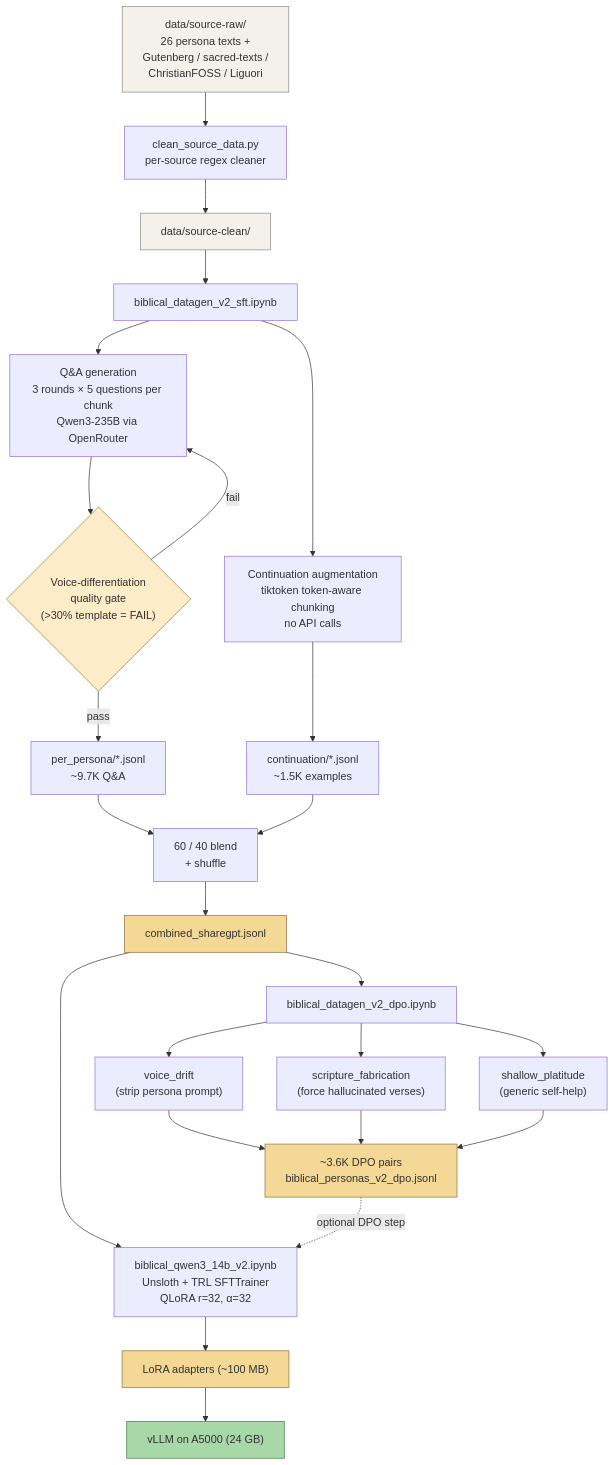
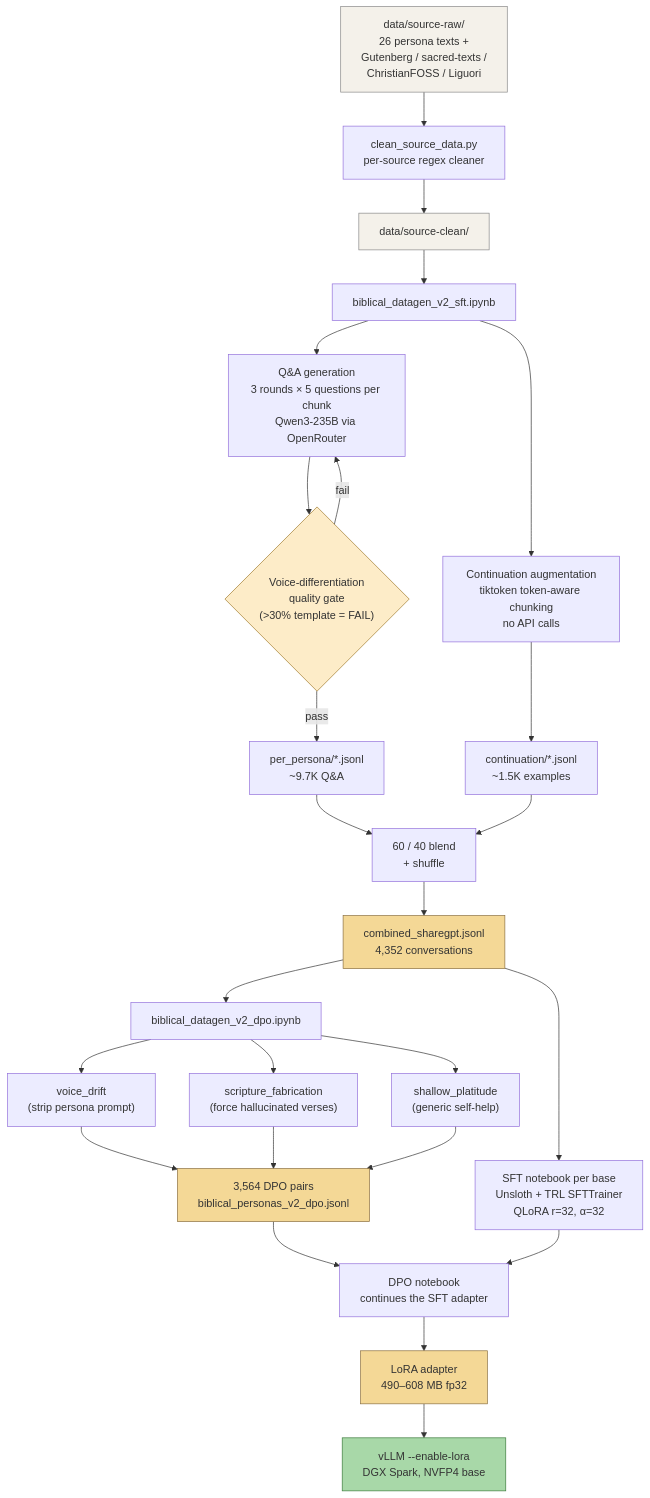
Before and after one commit to beaudamore/biblical: the second of 2 diagrams in README.md, drawn with Mermaid. The commit also changed other lines of this file, not shown here.

````diff
--- a/README.md
+++ b/README.md
@@ -282,40 +339,41 @@
 ```mermaid
 flowchart TD
     R["data/source-raw/<br/>26 persona texts +<br/>Gutenberg / sacred-texts /<br/>ChristianFOSS / Liguori"] --> C["clean_source_data.py<br/>per-source regex cleaner"]
     C --> S["data/source-clean/"]
 
     S --> SFT["biblical_datagen_v2_sft.ipynb"]
     SFT --> QA["Q&A generation<br/>3 rounds × 5 questions per chunk<br/>Qwen3-235B via OpenRouter"]
     QA --> QG{"Voice-differentiation<br/>quality gate<br/>(>30% template = FAIL)"}
     QG -- fail --> QA
     QG -- pass --> MQA["per_persona/*.jsonl<br/>~9.7K Q&A"]
 
     SFT --> CONT["Continuation augmentation<br/>tiktoken token-aware chunking<br/>no API calls"]
     CONT --> MCONT["continuation/*.jsonl<br/>~1.5K examples"]
 
     MQA --> BLEND["60 / 40 blend<br/>+ shuffle"]
     MCONT --> BLEND
-    BLEND --> COMBINED["combined_sharegpt.jsonl"]
+    BLEND --> COMBINED["combined_sharegpt.jsonl<br/>4,352 conversations"]
 
     COMBINED --> DPO["biblical_datagen_v2_dpo.ipynb"]
     DPO --> R1["voice_drift<br/>(strip persona prompt)"]
     DPO --> R2["scripture_fabrication<br/>(force hallucinated verses)"]
     DPO --> R3["shallow_platitude<br/>(generic self-help)"]
-    R1 --> DPOOUT["~3.6K DPO pairs<br/>biblical_personas_v2_dpo.jsonl"]
+    R1 --> DPOOUT["3,564 DPO pairs<br/>biblical_personas_v2_dpo.jsonl"]
     R2 --> DPOOUT
     R3 --> DPOOUT
 
-    COMBINED --> TRAIN["biblical_qwen3_14b_v2.ipynb<br/>Unsloth + TRL SFTTrainer<br/>QLoRA r=32, α=32"]
-    DPOOUT -. optional DPO step .-> TRAIN
-    TRAIN --> ADAPTERS["LoRA adapters (~100 MB)"]
-    ADAPTERS --> DEPLOY["vLLM on A5000 (24 GB)"]
+    COMBINED --> TRAIN["SFT notebook per base<br/>Unsloth + TRL SFTTrainer<br/>QLoRA r=32, α=32"]
+    DPOOUT --> DPOTRAIN["DPO notebook<br/>continues the SFT adapter"]
+    TRAIN --> DPOTRAIN
+    DPOTRAIN --> ADAPTERS["LoRA adapter<br/>490–608 MB fp32"]
+    ADAPTERS --> DEPLOY["vLLM --enable-lora<br/>DGX Spark, NVFP4 base"]
 
     classDef src fill:#f4f1ea,stroke:#888;
     classDef gate fill:#fdecc8,stroke:#a07a2a;
     classDef out fill:#f4d896,stroke:#8a6f3f;
     classDef deploy fill:#a8d8a8,stroke:#3a7a3a;
     class R,S src
     class QG gate
     class ADAPTERS,DPOOUT,COMBINED out
     class DEPLOY deploy
 ```
````
